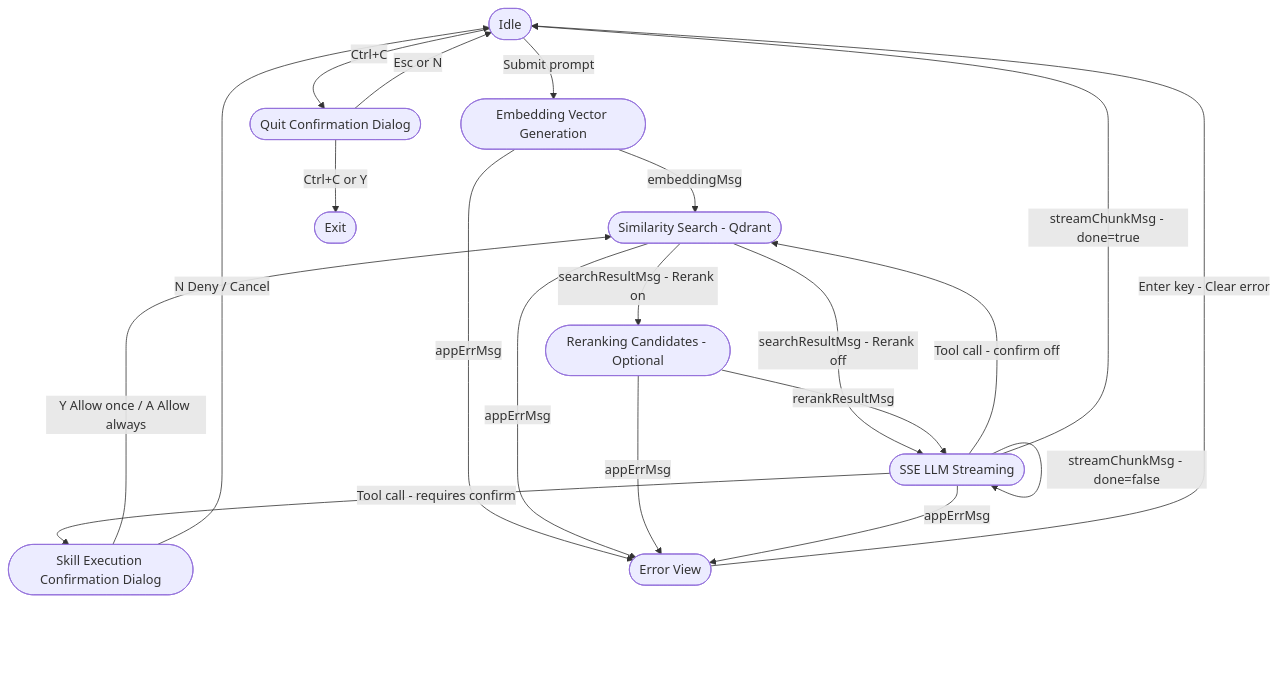
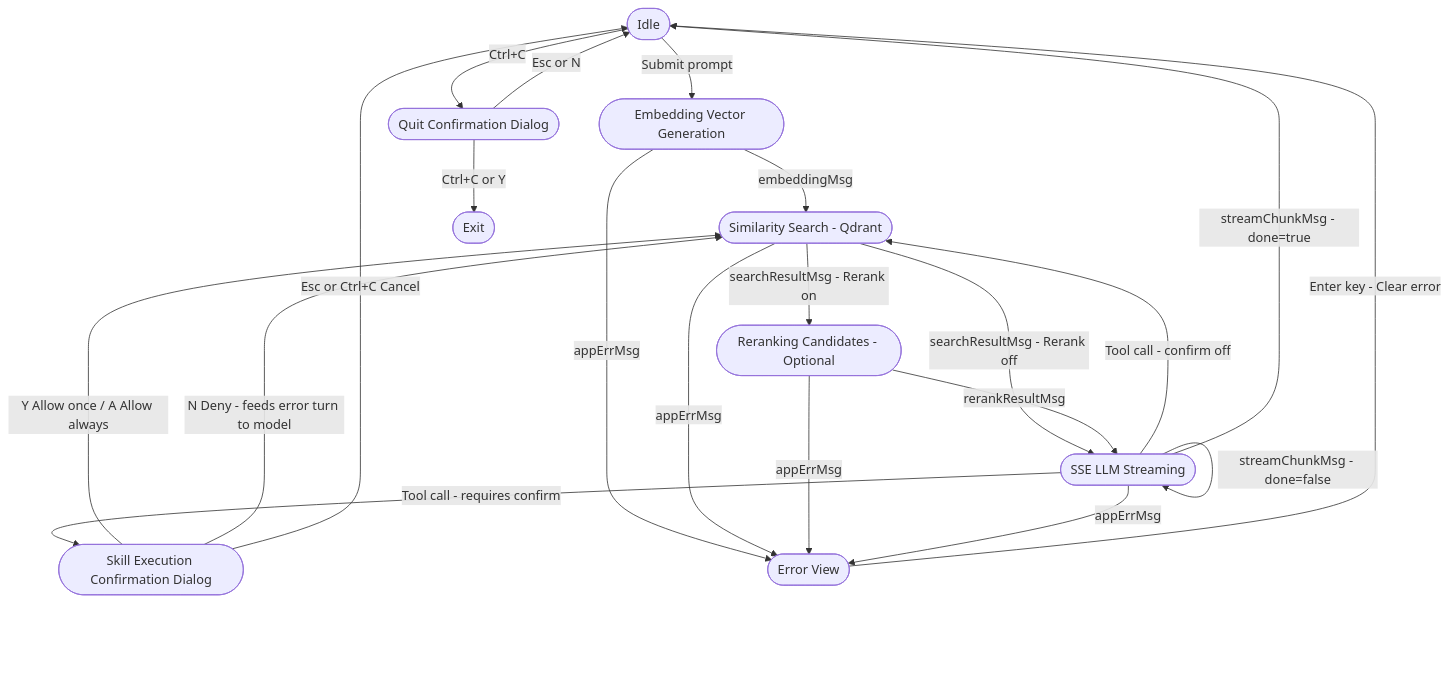
The diagram in README.md (mamorett/qquestio), drawn with Mermaid before and after one commit. The commit also changed other lines of this file and 13 other files, not shown here.

````diff
--- a/README.md
+++ b/README.md
@@ -31,36 +32,37 @@
 ```mermaid
 flowchart TD
     stateIdle([Idle])
     stateEmbedding([Embedding Vector Generation])
     stateSearching([Similarity Search - Qdrant])
     stateReranking([Reranking Candidates - Optional])
     stateStreaming([SSE LLM Streaming])
     stateConfirmQuit([Quit Confirmation Dialog])
     stateConfirmSkill([Skill Execution Confirmation Dialog])
     stateError([Error View])
     Exit([Exit])
 
     stateIdle -->|Submit prompt| stateEmbedding
     stateEmbedding -->|embeddingMsg| stateSearching
     stateSearching -->|searchResultMsg - Rerank on| stateReranking
     stateSearching -->|searchResultMsg - Rerank off| stateStreaming
     stateReranking -->|rerankResultMsg| stateStreaming
     
     stateStreaming -->|Tool call - requires confirm| stateConfirmSkill
     stateConfirmSkill -->|Y Allow once / A Allow always| stateSearching
-    stateConfirmSkill -->|N Deny / Cancel| stateIdle
+    stateConfirmSkill -->|N Deny - feeds error turn to model| stateSearching
+    stateConfirmSkill -->|Esc or Ctrl+C Cancel| stateIdle
     
     stateStreaming -->|Tool call - confirm off| stateSearching
     stateStreaming -->|streamChunkMsg - done=false| stateStreaming
     stateStreaming -->|streamChunkMsg - done=true| stateIdle
 
     stateIdle -->|Ctrl+C| stateConfirmQuit
     stateConfirmQuit -->|Ctrl+C or Y| Exit
     stateConfirmQuit -->|Esc or N| stateIdle
 
     stateEmbedding -->|appErrMsg| stateError
     stateSearching -->|appErrMsg| stateError
     stateReranking -->|appErrMsg| stateError
     stateStreaming -->|appErrMsg| stateError
     stateError -->|Enter key - Clear error| stateIdle
 ```
````
